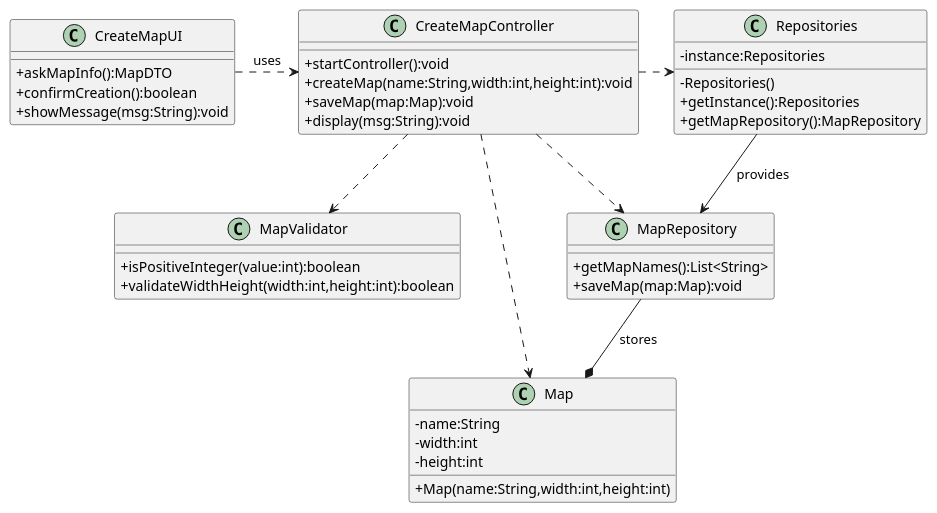
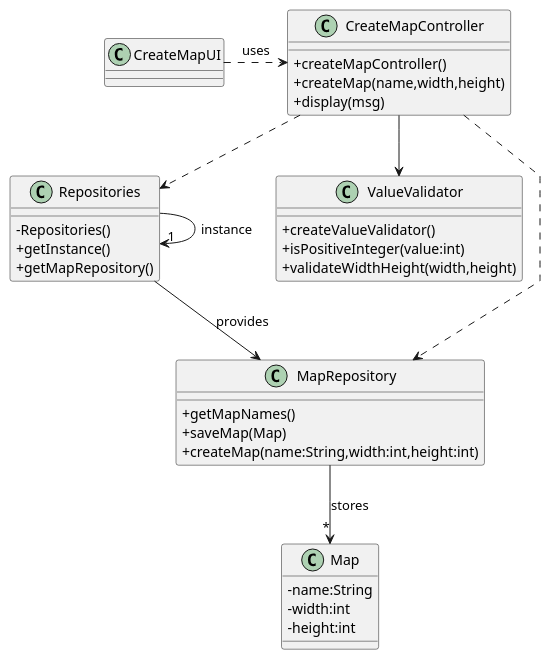
The diagram in docs/system-documentation/US001/03.design/puml/US001-CD.puml (1240826/empire-on-tracks), drawn with PlantUML before and after one commit.

```diff
--- a/docs/system-documentation/US001/03.design/puml/US001-CD.puml
+++ b/docs/system-documentation/US001/03.design/puml/US001-CD.puml
@@ -1,52 +1,54 @@
 @startuml
 skinparam packageStyle rectangle
 skinparam shadowing false
 skinparam linetype polyline
 skinparam classAttributeIconSize 0
 
 class CreateMapUI {
-  +askMapInfo():MapDTO
-  +confirmCreation():boolean
-  +showMessage(msg:String):void
+
 }
 
 class CreateMapController {
-  +startController():void
-  +createMap(name:String,width:int,height:int):void
-  +saveMap(map:Map):void
-  +display(msg:String):void
+  +createMapController()
+  +createMap(name,width,height)
+  +display(msg)
 }
 
-class MapValidator {
-  +isPositiveInteger(value:int):boolean
-  +validateWidthHeight(width:int,height:int):boolean
+class ValueValidator {
+  +createValueValidator()
+  +isPositiveInteger(value:int)
+  +validateWidthHeight(width,height)
 }
 
 class Repositories {
-  -instance:Repositories
+
   -Repositories()
-  +getInstance():Repositories
-  +getMapRepository():MapRepository
+  +getInstance()
+  +getMapRepository()
 }
 
 class MapRepository {
-  +getMapNames():List<String>
-  +saveMap(map:Map):void
+  +getMapNames()
+  +saveMap(Map)
+  +createMap(name:String,width:int,height:int)
+
 }
 
 class Map {
   -name:String
   -width:int
   -height:int
-  +Map(name:String,width:int,height:int)
 }
 
 CreateMapUI .> CreateMapController     : uses
-CreateMapController ..> MapValidator
+
 CreateMapController ..> MapRepository
-CreateMapController .> Repositories
-CreateMapController ..> Map
+CreateMapController ..> Repositories
+
+CreateMapController --> ValueValidator
 
 Repositories -->  MapRepository    : provides
-MapRepository --* Map             : stores
+MapRepository -->"*" Map             : stores
+
+Repositories -> "1" Repositories : instance
 @enduml
```
